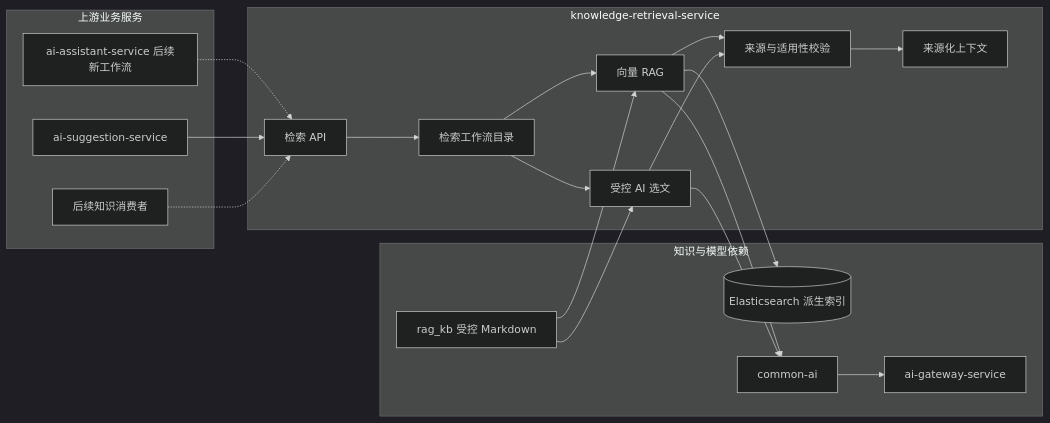
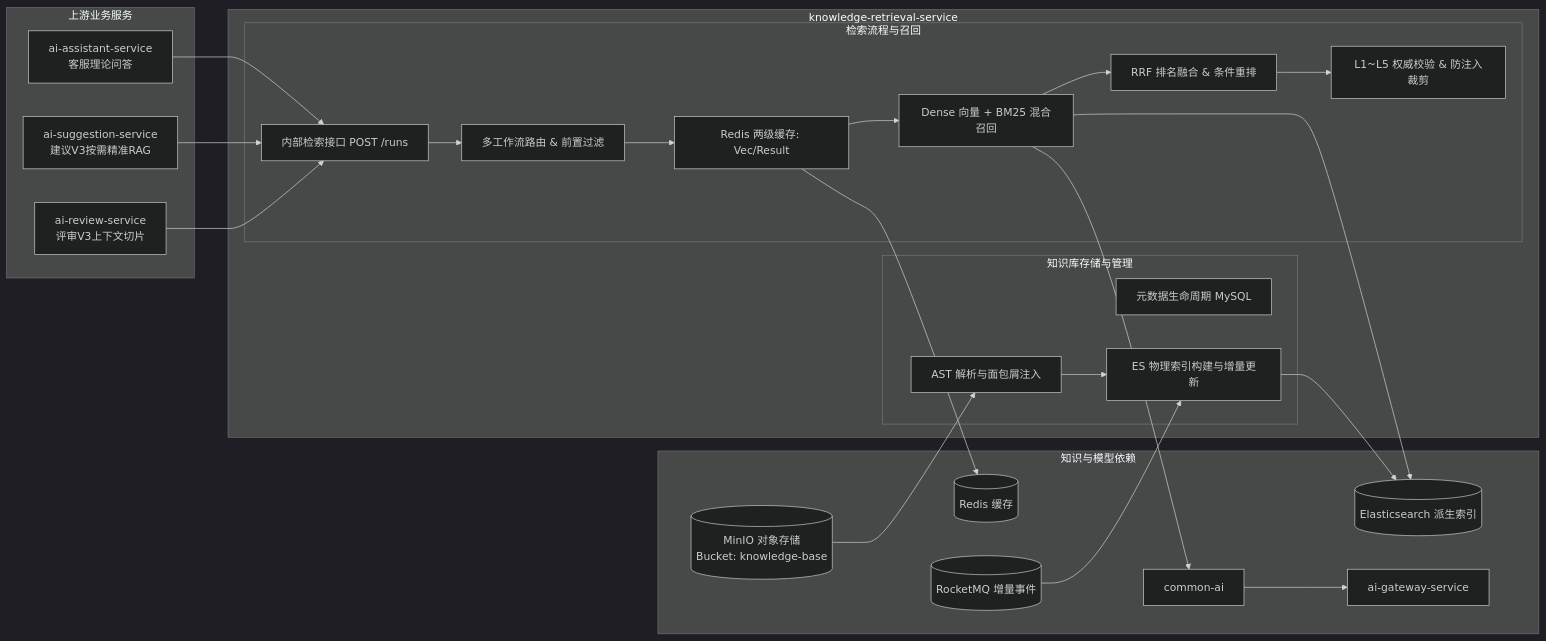
The diagram in docs/project/03-微服务设计/knowledge-retrieval-service/README.md (Dorian7Alden/LeetModel), drawn with Mermaid (dark theme) before and after one commit. The commit also changed other lines of this file and 22 other files, not shown here.

````diff
--- a/docs/project/03-微服务设计/knowledge-retrieval-service/README.md
+++ b/docs/project/03-微服务设计/knowledge-retrieval-service/README.md
@@ -9,41 +9,49 @@
 ```mermaid
 flowchart LR
     subgraph callers[上游业务服务]
-        ASSISTANT[ai-assistant-service 后续新工作流]
-        SUGGESTION[ai-suggestion-service]
-        FUTURE[后续知识消费者]
+        ASSISTANT[ai-assistant-service<br/>客服理论问答]
+        SUGGESTION[ai-suggestion-service<br/>建议V3按需精准RAG]
+        REVIEW[ai-review-service<br/>评审V3上下文切片]
     end
 
     subgraph retrieval[knowledge-retrieval-service]
-        API[检索 API]
-        VERSION[检索工作流目录]
-        VECTOR[向量 RAG]
-        NAVIGATION[受控 AI 选文]
-        VALIDATE[来源与适用性校验]
-        RESULT[来源化上下文]
+        subgraph module_storage[知识库存储与管理]
+            DOC_MGT[元数据生命周期 MySQL]
+            PARSER[AST 解析与面包屑注入]
+            INDEX_BUILD[ES 物理索引构建与增量更新]
+        end
 
-        API --> VERSION
-        VERSION --> VECTOR
-        VERSION --> NAVIGATION
-        VECTOR --> VALIDATE
-        NAVIGATION --> VALIDATE
-        VALIDATE --> RESULT
+        subgraph module_retrieval[检索流程与召回]
+            API[内部检索接口 POST /runs]
+            ROUTER[多工作流路由 & 前置过滤]
+            CACHE[Redis 两级缓存: Vec/Result]
+            HYBRID[Dense 向量 + BM25 混合召回]
+            RRF[RRF 排名融合 & 条件重排]
+            VALIDATE[L1~L5 权威校验 & 防注入裁剪]
+        end
     end
 
     subgraph sources[知识与模型依赖]
-        KB[rag_kb 受控 Markdown]
+        MINIO[("MinIO 对象存储<br/>Bucket: knowledge-base")]
         ES[(Elasticsearch 派生索引)]
+        REDIS[(Redis 缓存)]
+        MQ[(RocketMQ 增量事件)]
         COMMON[common-ai]
         GATEWAY[ai-gateway-service]
     end
 
-    ASSISTANT -.-> API
+    ASSISTANT --> API
     SUGGESTION --> API
-    FUTURE -.-> API
-    KB --> VECTOR
-    KB --> NAVIGATION
-    VECTOR --> ES
-    VECTOR --> COMMON
-    NAVIGATION --> COMMON
+    REVIEW --> API
+
+    API --> ROUTER --> CACHE
+    CACHE --> HYBRID --> RRF --> VALIDATE
+    
+    MINIO --> PARSER --> INDEX_BUILD --> ES
+    MQ --> INDEX_BUILD
+    
+    HYBRID --> ES
+    HYBRID --> COMMON
+    CACHE --> REDIS
     COMMON --> GATEWAY
 ```
````
